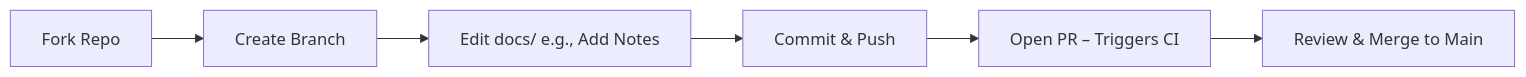
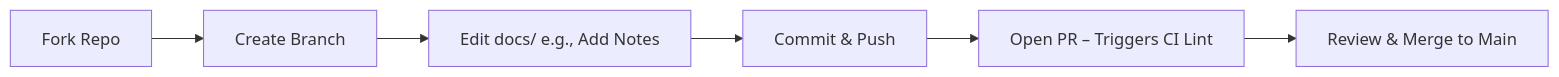
Before and after one commit to JonasCruzMartinez/devops-workshop-vitepress: the diagram in docs/theory/code.md, drawn with Mermaid. The commit also changed other lines of this file and 15 other files, not shown here.

````diff
--- a/docs/theory/code.md
+++ b/docs/theory/code.md
@@ -20,8 +17,8 @@
 ```mermaid
 graph LR
   A[Fork Repo] --> B[Create Branch]
   B --> C[Edit docs/ e.g., Add Notes]
   C --> D[Commit & Push]
-  D --> E[Open PR – Triggers CI]
+  D --> E[Open PR – Triggers CI Lint]
   E --> F[Review & Merge to Main]
 ```
````
